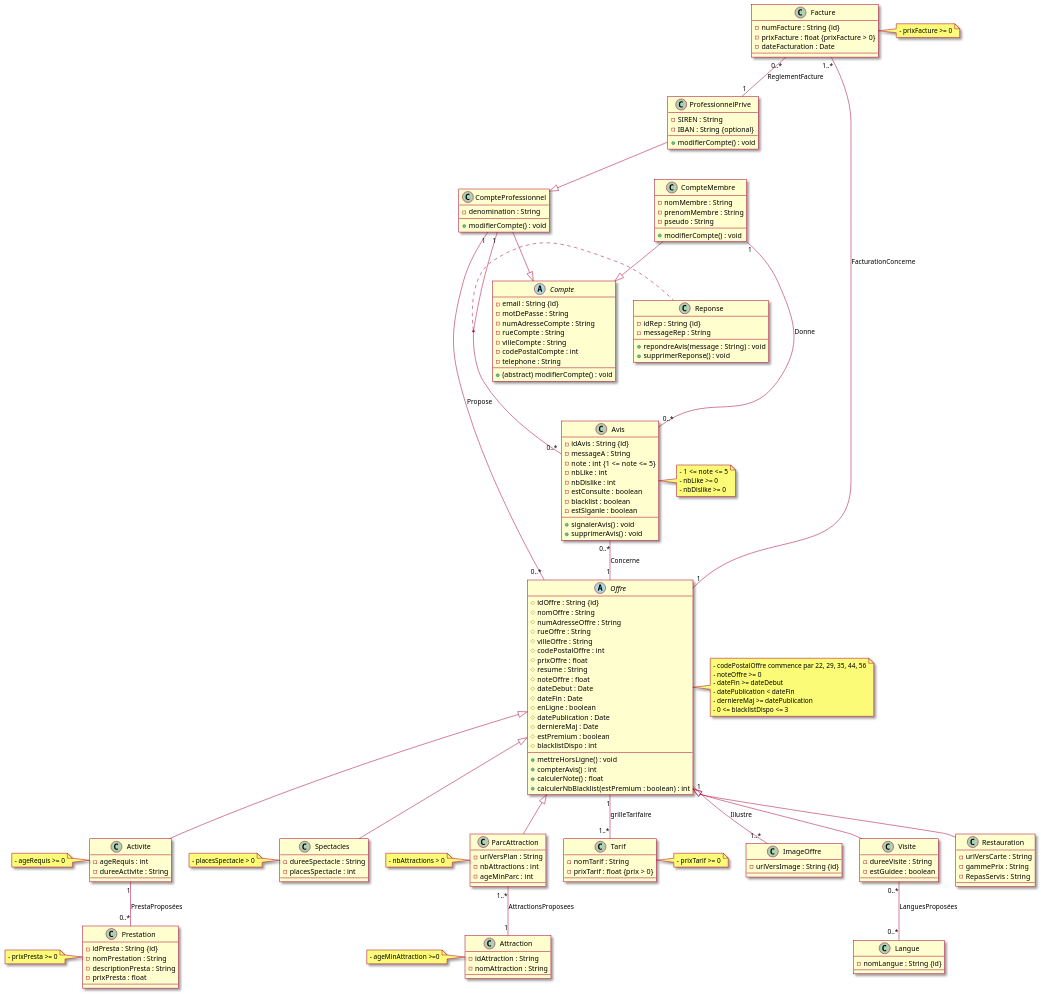
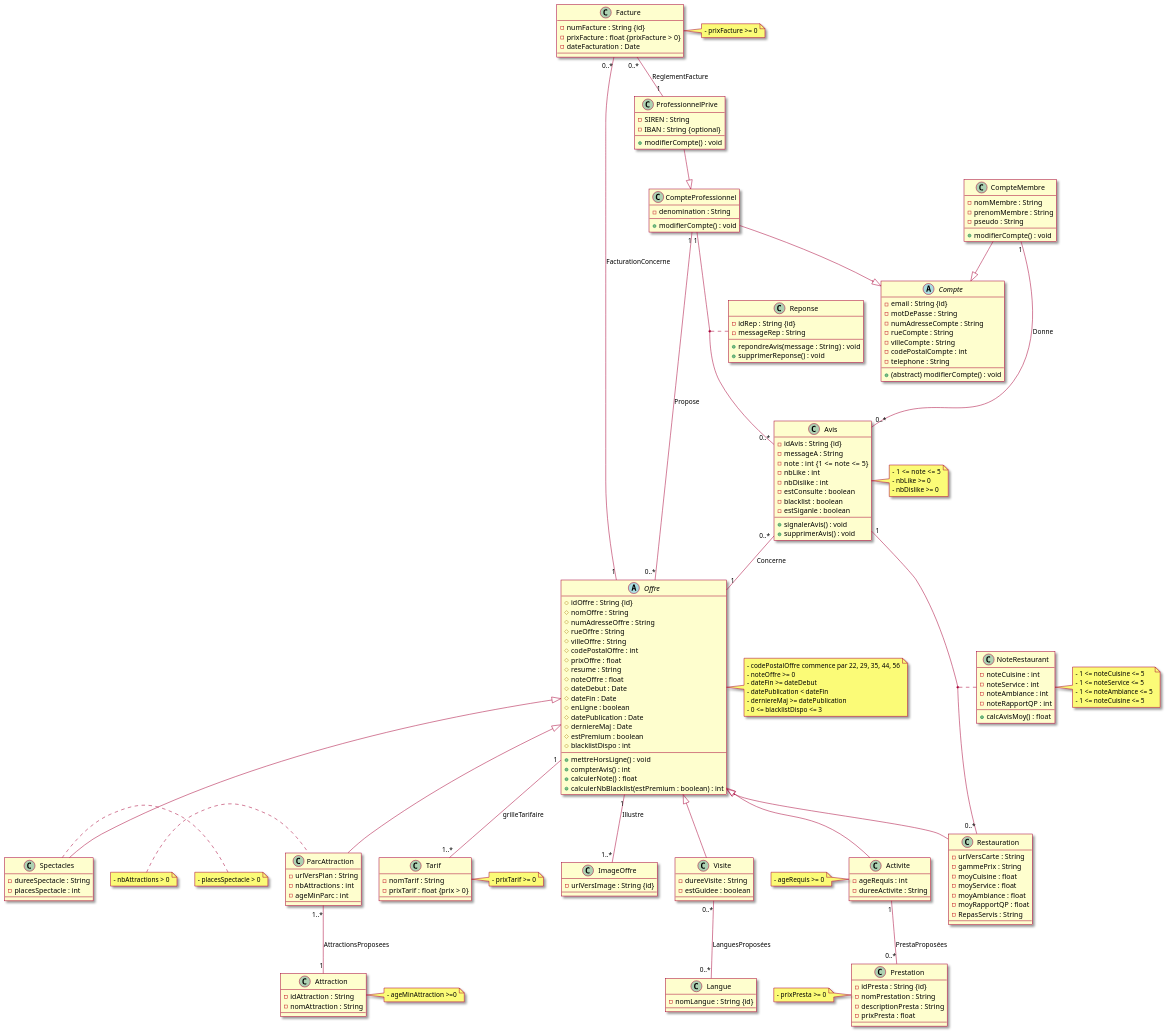
Before and after one commit to ArianeGL/c1.2-srfc: the diagram in bdd/uml_alternatif.puml, drawn with PlantUML.

Commit message:
handled restaurant notation

```diff
--- a/bdd/uml_alternatif.puml
+++ b/bdd/uml_alternatif.puml
@@ -120,13 +120,17 @@
   - idAttraction : String
   - nomAttraction : String
 }
-note left of Attraction:- ageMinAttraction >=0
+note right of Attraction:- ageMinAttraction >=0
 
 ParcAttraction "1..*" -- "1" Attraction : AttractionsProposees
 
 class Restauration {
   - urlVersCarte : String
   - gammePrix : String
+  - moyCuisine : float
+  - moyService : float
+  - moyAmbiance : float
+  - moyRapportQP : float
   - RepasServis : String
 }
 
@@ -162,6 +166,24 @@
 - nbDislike >= 0
 end note
 
+Avis "1" -- "0..*" Restauration
+
+class NoteRestaurant {
+  - noteCuisine : int
+  - noteService : int
+  - noteAmbiance : int
+  - noteRapportQP : int
+  + calcAvisMoy() : float
+}
+note right of NoteRestaurant
+- 1 <= noteCuisine <= 5
+- 1 <= noteService <= 5
+- 1 <= noteAmbiance <= 5
+- 1 <= noteCuisine <= 5
+end note
+
+(Avis, Restauration) .. NoteRestaurant
+
 class Reponse {
   - idRep : String {id}
   - messageRep : String
@@ -183,7 +205,7 @@
 }
 note right of Facture:- prixFacture >= 0
 
-Facture "1..*" -- "1" Offre : FacturationConcerne
+Facture "0..*" -- "1" Offre : FacturationConcerne
 Facture "0..*" -- "1" ProfessionnelPrive : ReglementFacture
 
 @enduml
```
